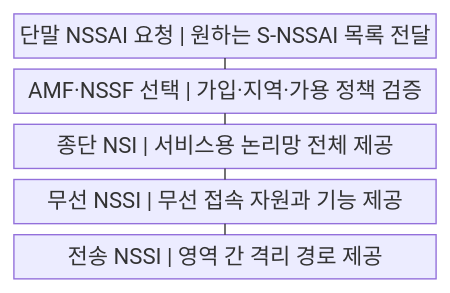
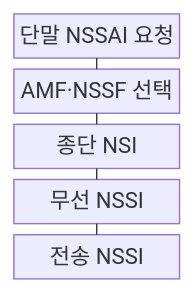
Before and after one commit to agnusdei1207/knowledge-base: the first of 2 diagrams in src/content/docs/notes/04-network/040_nssai_nsi_nssi.md, drawn with Mermaid. The commit also changed other lines of this file and 122 other files, not shown here.

````diff
--- a/src/content/docs/notes/04-network/040_nssai_nsi_nssi.md
+++ b/src/content/docs/notes/04-network/040_nssai_nsi_nssi.md
@@ -50,13 +50,13 @@
 ```mermaid
-block
+block-beta
     columns 1
-    A["단말 NSSAI 요청 | 원하는 S-NSSAI 목록 전달"]
-    B["AMF·NSSF 선택 | 가입·지역·가용 정책 검증"]
-    C["종단 NSI | 서비스용 논리망 전체 제공"]
-    D["무선 NSSI | 무선 접속 자원과 기능 제공"]
-    E["전송 NSSI | 영역 간 격리 경로 제공"]
+    A["단말 NSSAI 요청"]
+    B["AMF·NSSF 선택"]
+    C["종단 NSI"]
+    D["무선 NSSI"]
+    E["전송 NSSI"]
     A --- B
     B --- C
     C --- D
     D --- E
 ```
````
